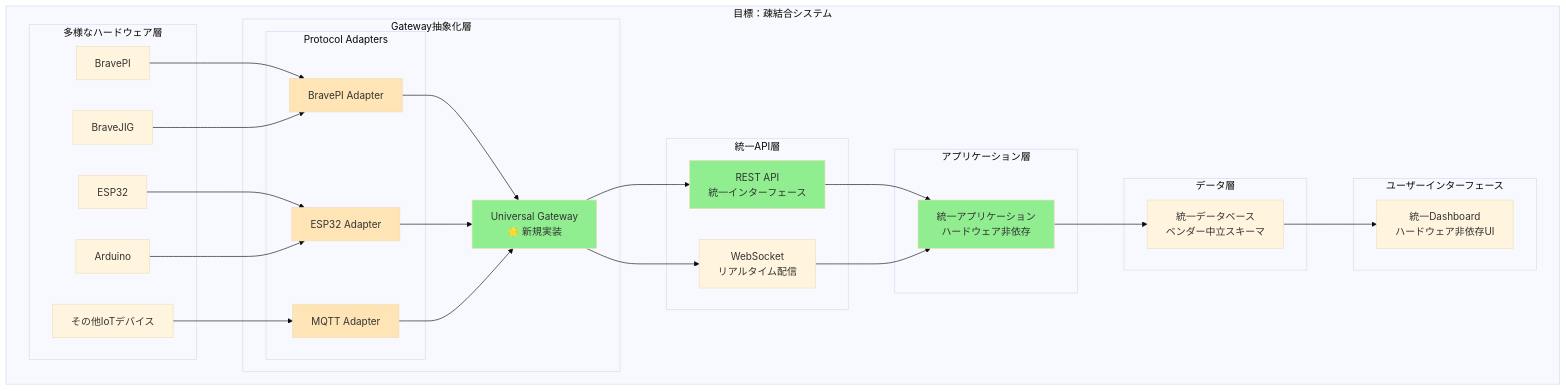
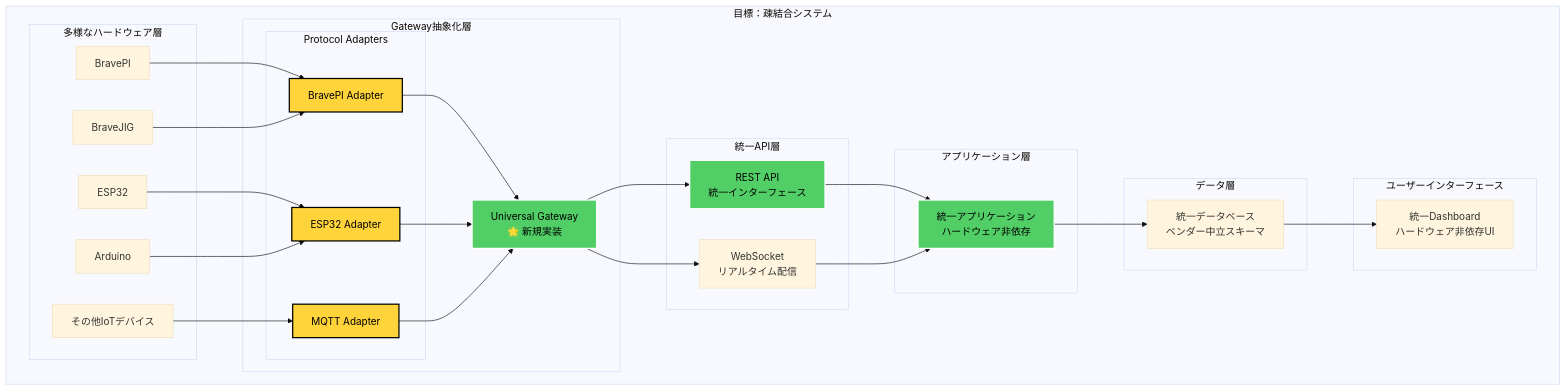
Before and after one commit to w-pinkietech/iot4-copy: the third of 14 diagrams in docs/new-system/architecture/system-overview-diagrams.md, drawn with Mermaid (base theme). The commit also changed other lines of this file, not shown here.

First line of the commit message:
docs: Fix Mermaid syntax and improve dark mode colors in system diagrams

````diff
--- a/docs/new-system/architecture/system-overview-diagrams.md
+++ b/docs/new-system/architecture/system-overview-diagrams.md
@@ -116,64 +116,64 @@
 ```mermaid
 graph TB
     subgraph "目標：疎結合システム"
         subgraph "多様なハードウェア層"
             BPI[BravePI]
             BJG[BraveJIG]
             ESP[ESP32]
             ARD[Arduino]
             OTH[その他IoTデバイス]
         end
         
         subgraph "Gateway抽象化層"
             GW[Universal Gateway<br/>🌟 新規実装]
             subgraph "Protocol Adapters"
                 PA1[BravePI Adapter]
                 PA2[ESP32 Adapter]
                 PA3[MQTT Adapter]
             end
         end
         
         subgraph "統一API層"
             API[REST API<br/>統一インターフェース]
             WS[WebSocket<br/>リアルタイム配信]
         end
         
         subgraph "アプリケーション層"
             APP[統一アプリケーション<br/>ハードウェア非依存]
         end
         
         subgraph "データ層"
             DB[統一データベース<br/>ベンダー中立スキーマ]
         end
         
         subgraph "ユーザーインターフェース"
             UI[統一Dashboard<br/>ハードウェア非依存UI]
         end
     end
     
     BPI --> PA1
     BJG --> PA1
     ESP --> PA2
     ARD --> PA2
     OTH --> PA3
     
     PA1 --> GW
     PA2 --> GW
     PA3 --> GW
     
     GW --> API
     GW --> WS
     
     API --> APP
     WS --> APP
     
     APP --> DB
     DB --> UI
     
-    style GW fill:#90EE90
-    style API fill:#90EE90
-    style APP fill:#90EE90
-    style PA1 fill:#FFE4B5
-    style PA2 fill:#FFE4B5
-    style PA3 fill:#FFE4B5
+    style GW fill:#51cf66,stroke:#fff,stroke-width:2px,color:#000
+    style API fill:#51cf66,stroke:#fff,stroke-width:2px,color:#000
+    style APP fill:#51cf66,stroke:#fff,stroke-width:2px,color:#000
+    style PA1 fill:#ffd43b,stroke:#000,stroke-width:2px,color:#000
+    style PA2 fill:#ffd43b,stroke:#000,stroke-width:2px,color:#000
+    style PA3 fill:#ffd43b,stroke:#000,stroke-width:2px,color:#000
 ```
````
